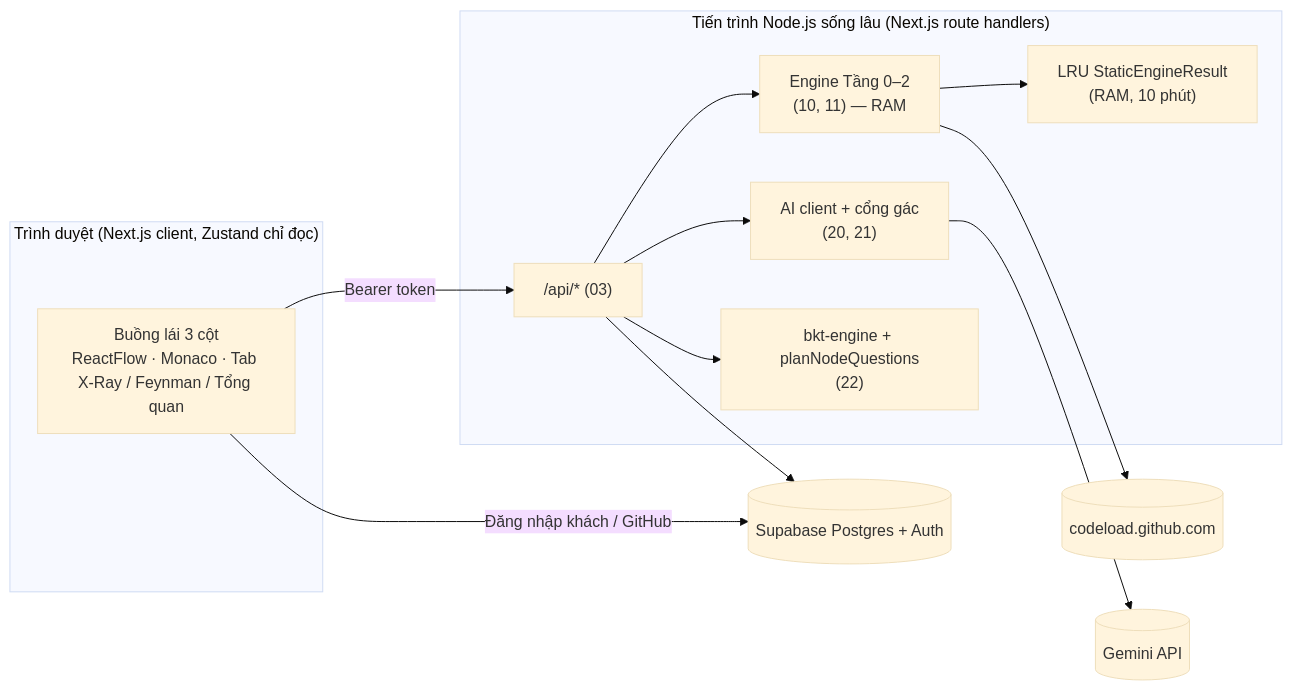
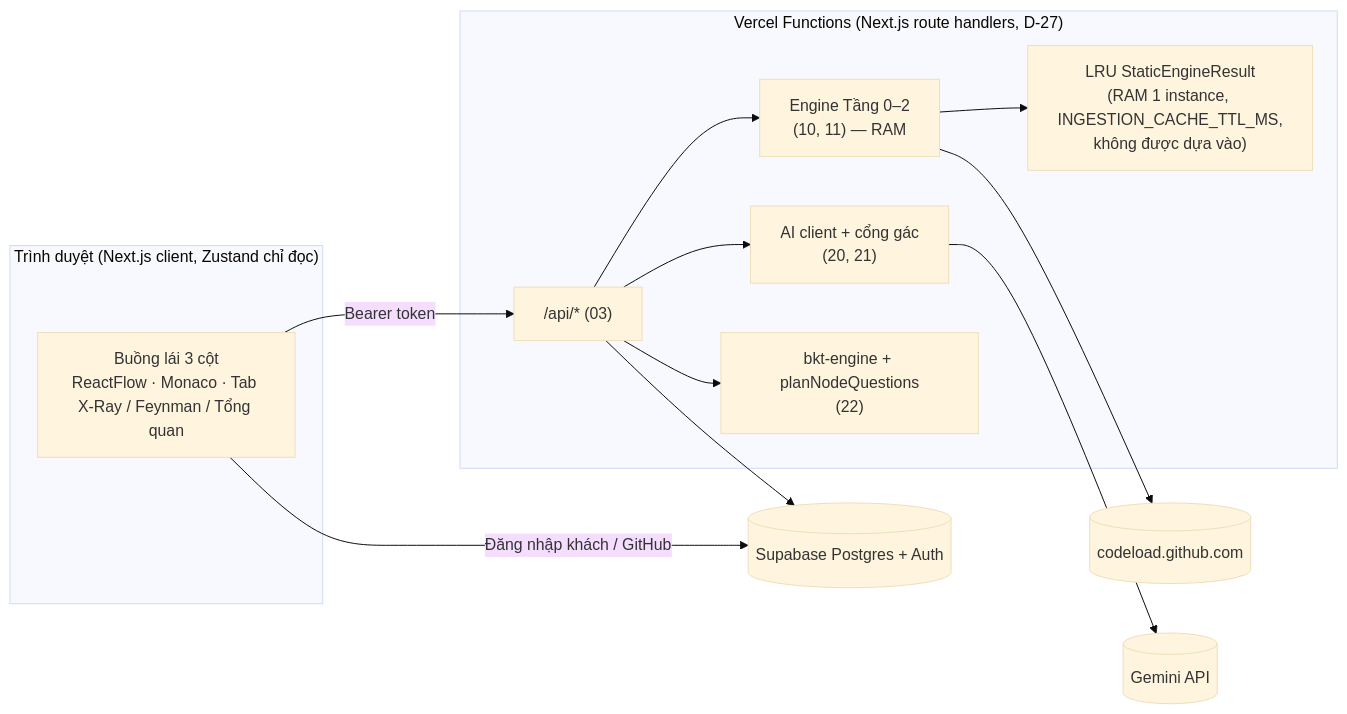
Before and after one commit to huynhthanhnhannnh-pixel/Hackathon_SGU: the first of 4 diagrams in spec/01_KIEN_TRUC_VA_LUONG.md, drawn with Mermaid (base theme). The commit also changed other lines of this file and 11 other files, not shown here.

````diff
--- a/spec/01_KIEN_TRUC_VA_LUONG.md
+++ b/spec/01_KIEN_TRUC_VA_LUONG.md
@@ -41,23 +41,23 @@
 ```mermaid
 flowchart LR
     subgraph Browser["Trình duyệt (Next.js client, Zustand chỉ đọc)"]
         UI["Buồng lái 3 cột<br/>ReactFlow · Monaco · Tab X-Ray / Feynman / Tổng quan"]
     end
-    subgraph Server["Tiến trình Node.js sống lâu (Next.js route handlers)"]
+    subgraph Server["Vercel Functions (Next.js route handlers, D-27)"]
         API["/api/* (03)"]
         ENG["Engine Tầng 0–2<br/>(10, 11) — RAM"]
         AI["AI client + cổng gác<br/>(20, 21)"]
         BKT["bkt-engine + planNodeQuestions<br/>(22)"]
-        CACHE["LRU StaticEngineResult<br/>(RAM, 10 phút)"]
+        CACHE["LRU StaticEngineResult<br/>(RAM 1 instance, INGESTION_CACHE_TTL_MS,<br/>không được dựa vào)"]
     end
     GH[("codeload.github.com")]
     GEM[("Gemini API")]
     DB[("Supabase Postgres + Auth")]
     UI -- "Bearer token" --> API
     API --> ENG --> GH
     ENG --> CACHE
     API --> AI --> GEM
     API --> BKT
     API --> DB
     UI -- "Đăng nhập khách / GitHub" --> DB
 ```
````
